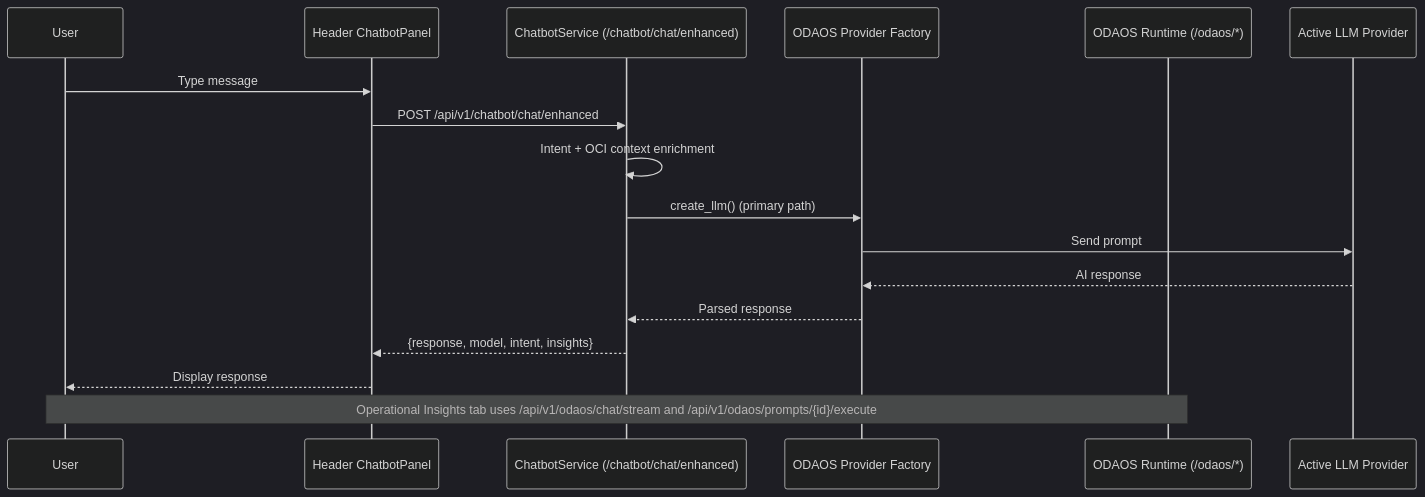
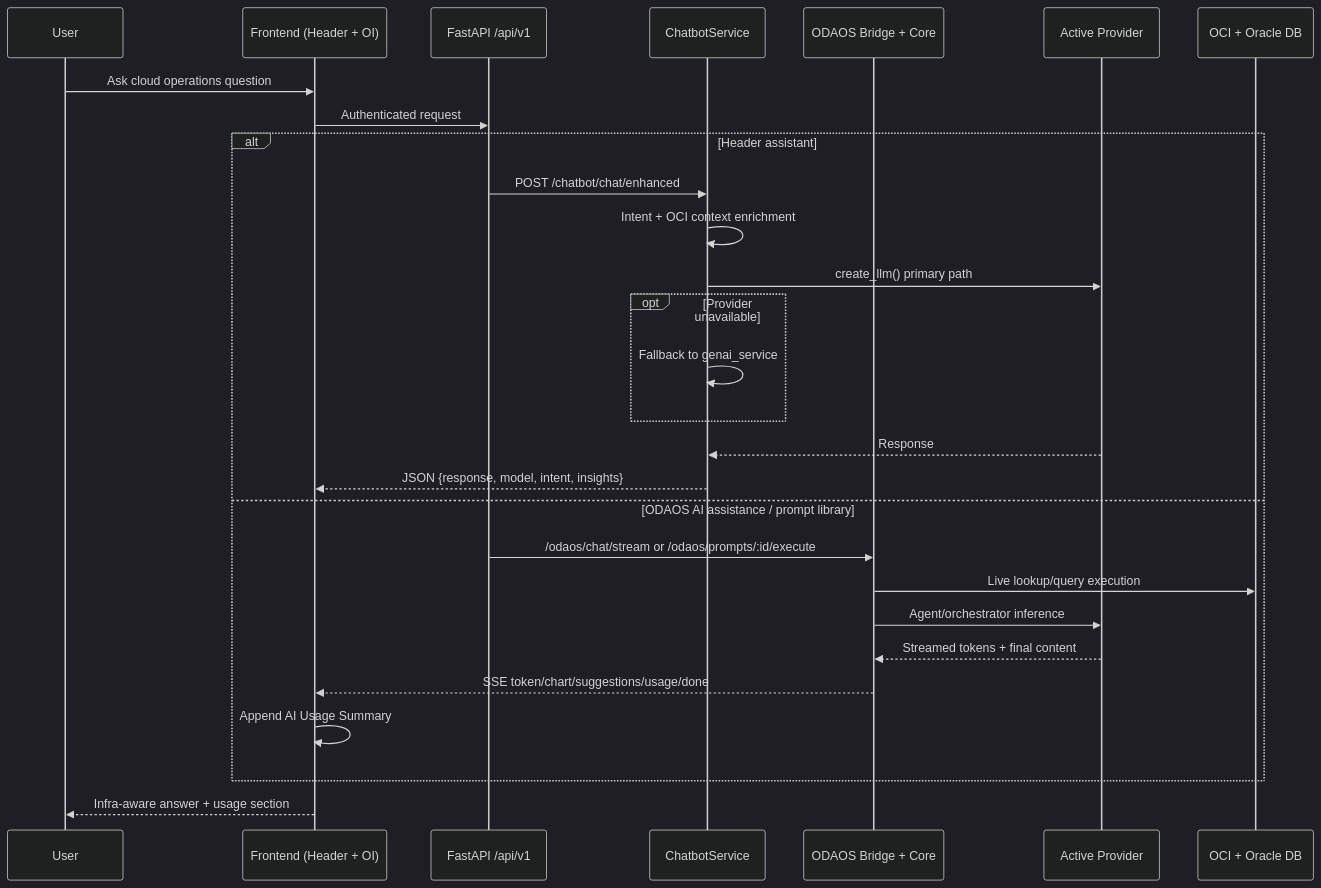
The sixth of 7 diagrams in README.md (Saket8/GenAICloudOps), drawn with Mermaid (dark theme) before and after one commit. The commit also changed other lines of this file and 1 other file, not shown here.

Commit message:
docs: refresh architecture diagrams for ODAOS-integrated flows

````diff
--- a/README.md
+++ b/README.md
@@ -401,21 +390,33 @@
 ```mermaid
 sequenceDiagram
     participant U as User
-    participant C as Header ChatbotPanel
-    participant S as ChatbotService (/chatbot/chat/enhanced)
-    participant P as ODAOS Provider Factory
-    participant O as ODAOS Runtime (/odaos/*)
-    participant LLM as Active LLM Provider
-    
-    U->>C: Type message
-    C->>S: POST /api/v1/chatbot/chat/enhanced
-    S->>S: Intent + OCI context enrichment
-    S->>P: create_llm() (primary path)
-    P->>LLM: Send prompt
-    LLM-->>P: AI response
-    P-->>S: Parsed response
-    S-->>C: {response, model, intent, insights}
-    C-->>U: Display response
+    participant FE as Frontend (Header + OI)
+    participant API as FastAPI /api/v1
+    participant CS as ChatbotService
+    participant OB as ODAOS Bridge + Core
+    participant LLM as Active Provider
+    participant DATA as OCI + Oracle DB
 
-    Note over U,O: Operational Insights tab uses /api/v1/odaos/chat/stream and /api/v1/odaos/prompts/{id}/execute
+    U->>FE: Ask cloud operations question
+    FE->>API: Authenticated request
+
+    alt Header assistant
+        API->>CS: POST /chatbot/chat/enhanced
+        CS->>CS: Intent + OCI context enrichment
+        CS->>LLM: create_llm() primary path
+        opt Provider unavailable
+            CS->>CS: Fallback to genai_service
+        end
+        LLM-->>CS: Response
+        CS-->>FE: JSON {response, model, intent, insights}
+    else ODAOS AI assistance / prompt library
+        API->>OB: /odaos/chat/stream or /odaos/prompts/:id/execute
+        OB->>DATA: Live lookup/query execution
+        OB->>LLM: Agent/orchestrator inference
+        LLM-->>OB: Streamed tokens + final content
+        OB-->>FE: SSE token/chart/suggestions/usage/done
+        FE->>FE: Append AI Usage Summary
+    end
+
+    FE-->>U: Infra-aware answer + usage section
 ```
````
